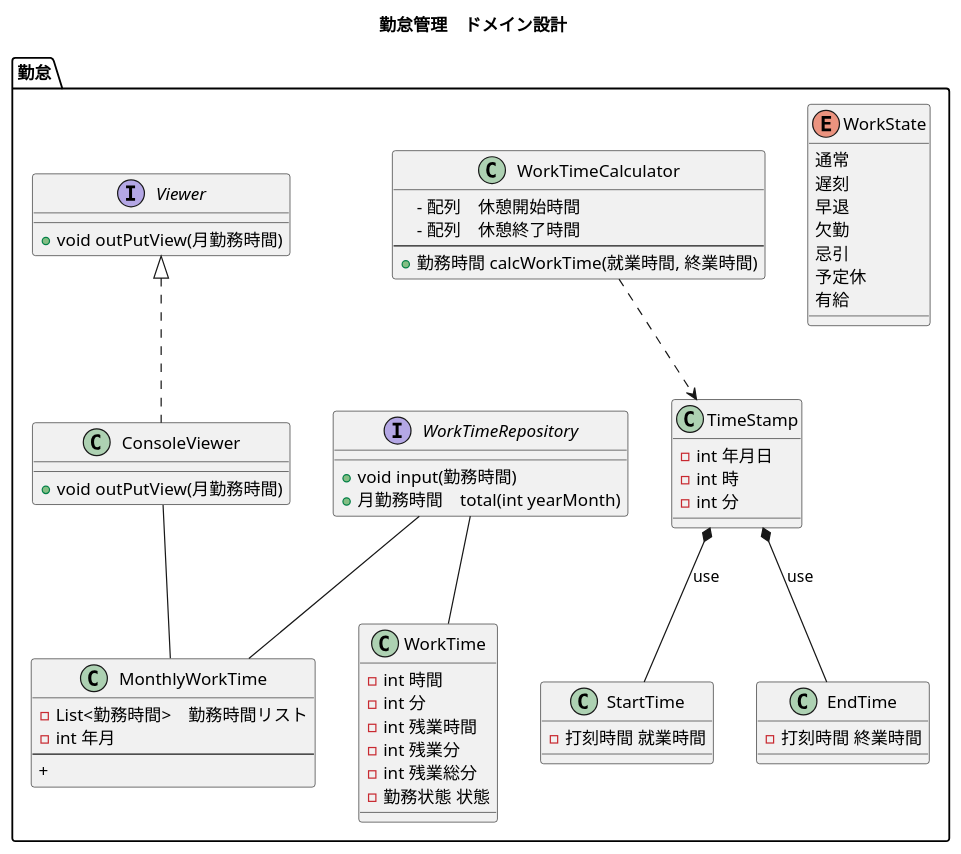
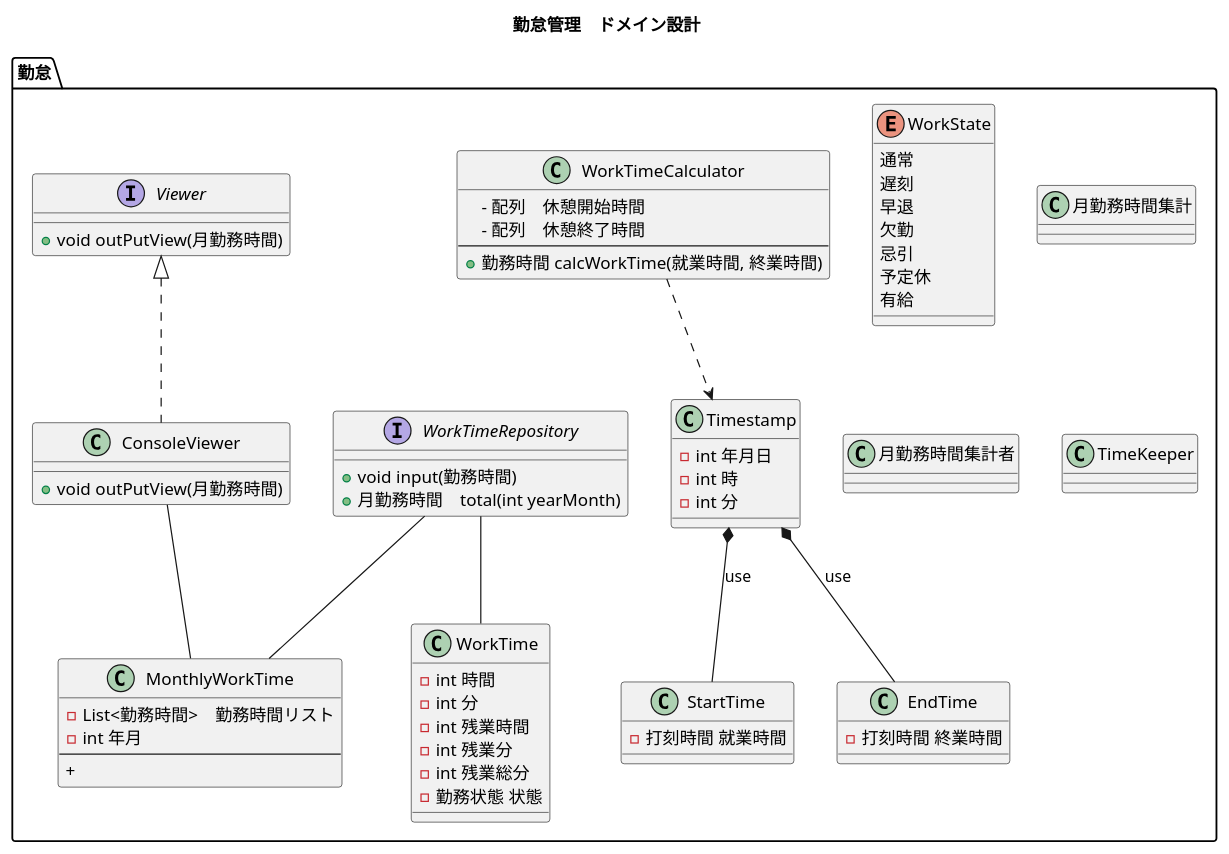
The diagram in etc/document/domain/kintai-model.puml (biglobe-isp/kintai), drawn with PlantUML before and after one commit.

Commit message:
月勤務集計クラス、月勤務時間集計者、時間管理者クラスをモデルに追加

```diff
--- a/etc/document/domain/kintai-model.puml
+++ b/etc/document/domain/kintai-model.puml
@@ -1,82 +1,89 @@
 @startuml
 
 title 勤怠管理　ドメイン設計
 
 
 package 勤怠{
 
     enum 勤務状態 as "WorkState"{
      通常
      遅刻
      早退
      欠勤
      忌引
      予定休
      有給
     }
 
-    class 打刻時間 as "TimeStamp"{
+    class 打刻時間 as "Timestamp"{
      - int 年月日
      - int 時
      – int 分
     }
 
     勤務時間算出者 ..> 打刻時間
 
 
     class 終業時間 as "EndTime"{
      - 打刻時間 終業時間
     }
     打刻時間 *-- "終業時間" : use
 
     class 就業時間 as "StartTime" {
      - 打刻時間 就業時間
     }
     打刻時間 *-- "就業時間" : use
 
     class 勤務時間 as "WorkTime"{
      - int 時間
      – int 分
      - int 残業時間
      - int 残業分
      - int 残業総分
      - 勤務状態 状態
     }
 
     class 勤務時間算出者 as "WorkTimeCalculator"{
     　- 配列　休憩開始時間
     　- 配列　休憩終了時間
     --
      + 勤務時間 calcWorkTime(就業時間, 終業時間)
     }
 
 
     class 月勤務時間 as "MonthlyWorkTime"{
      - List<勤務時間>　勤務時間リスト
      - int 年月
      --
      +
     }
 
 
     interface 勤務時間リポジトリ as "WorkTimeRepository"{
       + void input(勤務時間)
       + 月勤務時間　total(int yearMonth)
     }
 
     勤務時間リポジトリ -- 月勤務時間
     勤務時間リポジトリ -- 勤務時間
 
     class コンソール出力 as "ConsoleViewer"{
      + void outPutView(月勤務時間)
     }
 
     interface 出力インターフェイス as "Viewer"{
      + void outPutView(月勤務時間)
     }
 
     出力インターフェイス <|.. コンソール出力
 
     コンソール出力 -- 月勤務時間
+
+    class 月勤務時間集計 {
+    }
+    class 月勤務時間集計者 {
+    }
+    class TimeKeeper {
+    }
 }
 @enduml
```
